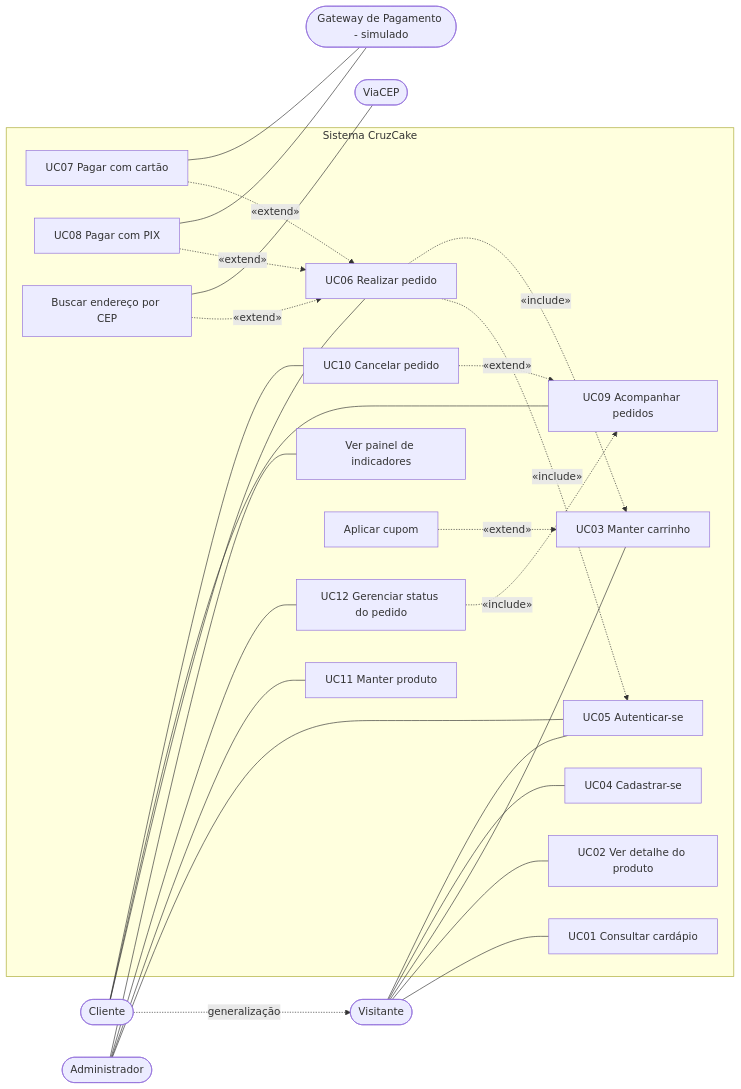
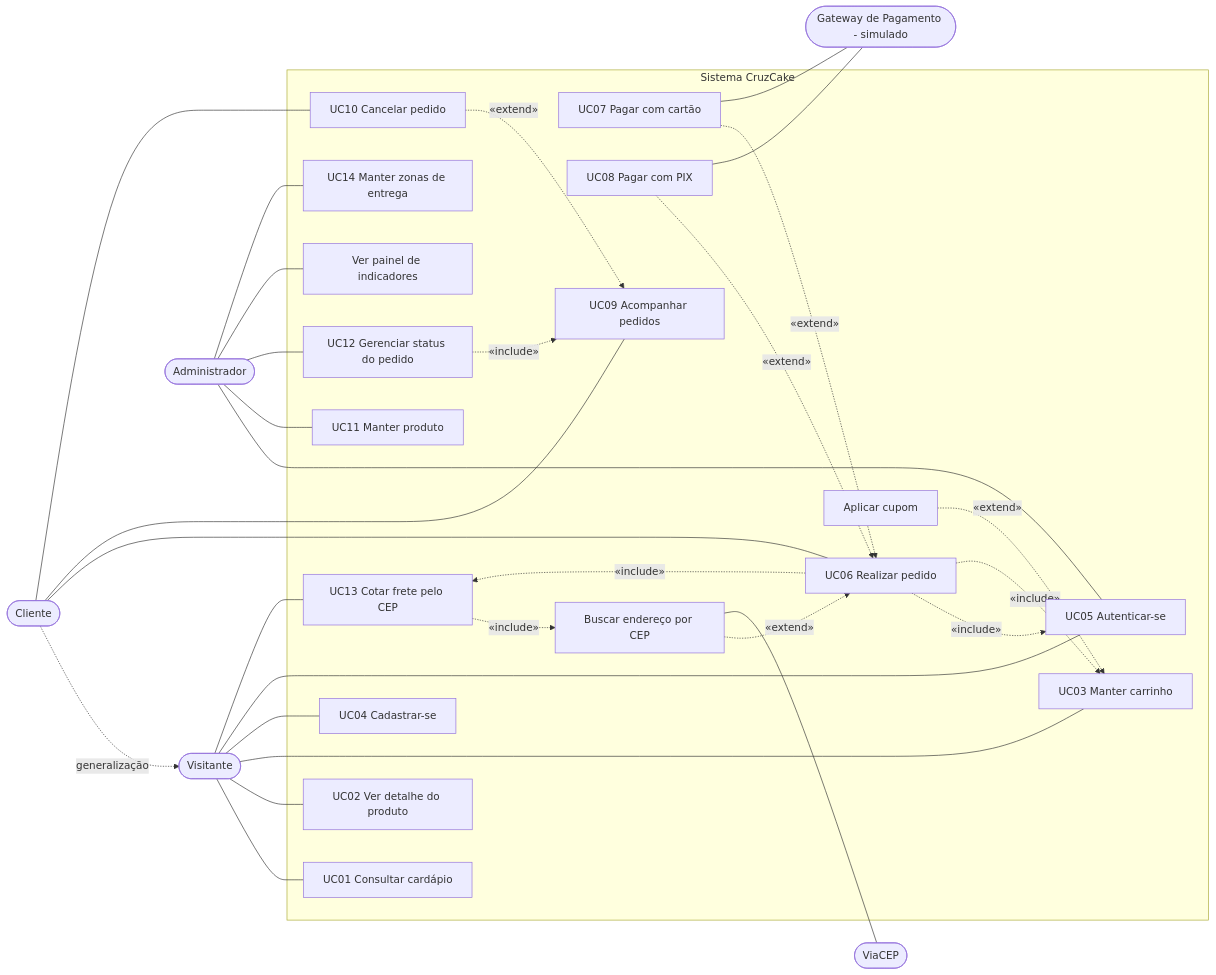
One commit to massacruabusy/CruzCake_PIT2 changed the diagram in docs/situacao-1-planejamento/04-casos-de-uso.md. Above: the diagram before and after it, drawn with Mermaid. The commit also changed other lines of this file and 17 other files, not shown here.

````diff
--- a/docs/situacao-1-planejamento/04-casos-de-uso.md
+++ b/docs/situacao-1-planejamento/04-casos-de-uso.md
@@ -17,53 +17,59 @@
 ```mermaid
 flowchart LR
     VIS(["Visitante"])
     CLI(["Cliente"])
     ADM(["Administrador"])
     GW(["Gateway de Pagamento - simulado"])
     CEP(["ViaCEP"])
 
     subgraph SIS["Sistema CruzCake"]
         UC01["UC01 Consultar cardápio"]
         UC02["UC02 Ver detalhe do produto"]
         UC03["UC03 Manter carrinho"]
         UC04["UC04 Cadastrar-se"]
         UC05["UC05 Autenticar-se"]
         UC06["UC06 Realizar pedido"]
         UC07["UC07 Pagar com cartão"]
         UC08["UC08 Pagar com PIX"]
         UC09["UC09 Acompanhar pedidos"]
         UC10["UC10 Cancelar pedido"]
         UC11["UC11 Manter produto"]
         UC12["UC12 Gerenciar status do pedido"]
         UCA["Aplicar cupom"]
         UCB["Buscar endereço por CEP"]
         UCP["Ver painel de indicadores"]
+        UC13["UC13 Cotar frete pelo CEP"]
+        UC14["UC14 Manter zonas de entrega"]
     end
 
     VIS --- UC01
     VIS --- UC02
     VIS --- UC03
     VIS --- UC04
     VIS --- UC05
+    VIS --- UC13
     CLI -. "generalização" .-> VIS
     CLI --- UC06
     CLI --- UC09
     CLI --- UC10
     ADM --- UC05
     ADM --- UC11
     ADM --- UC12
     ADM --- UCP
+    ADM --- UC14
 
     UC06 -. "«include»" .-> UC05
     UC06 -. "«include»" .-> UC03
     UC07 -. "«extend»" .-> UC06
     UC08 -. "«extend»" .-> UC06
     UCA -. "«extend»" .-> UC03
     UCB -. "«extend»" .-> UC06
     UC10 -. "«extend»" .-> UC09
     UC12 -. "«include»" .-> UC09
+    UC13 -. "«include»" .-> UCB
+    UC06 -. "«include»" .-> UC13
 
     UC07 --- GW
     UC08 --- GW
     UCB --- CEP
 ```
````
